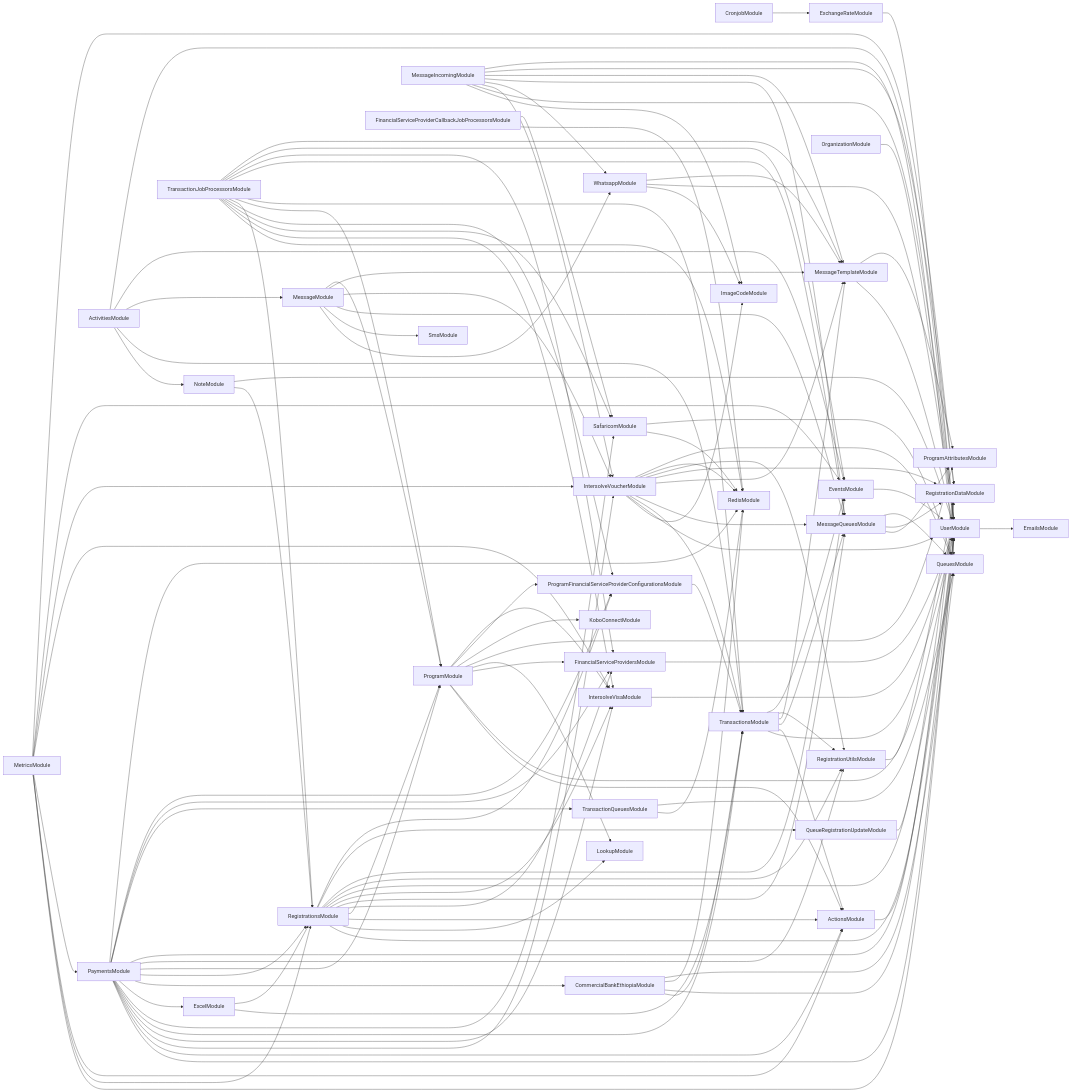
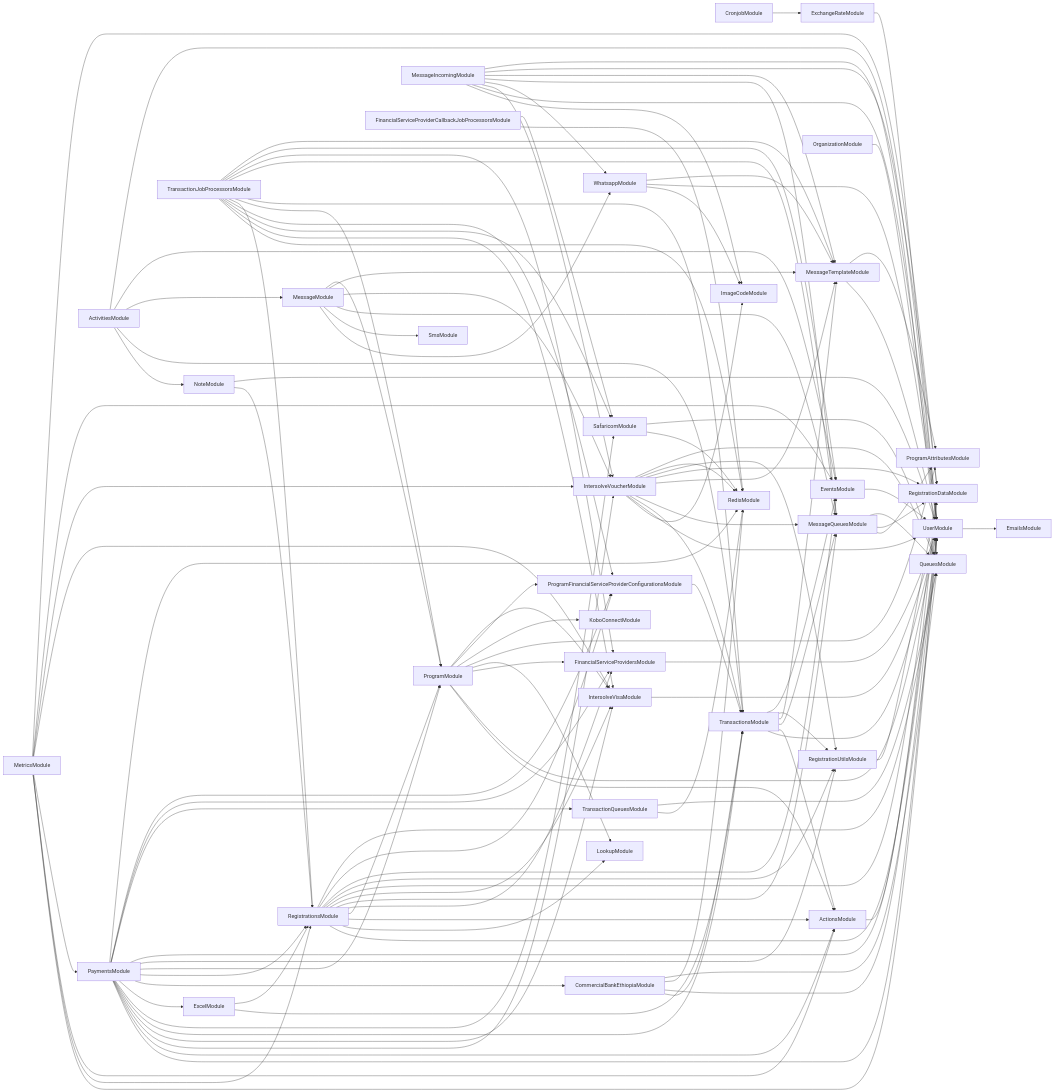
Before and after one commit to global-121/121-platform: the diagram in services/121-service/module-dependencies.md, drawn with Mermaid. The commit also changed 4 other files, not shown here.

Commit message:
refactor: make queue-registration-update service instead of module

```diff
--- a/services/121-service/module-dependencies.md
+++ b/services/121-service/module-dependencies.md
@@ -61,9 +61,8 @@
   RegistrationsModule-->RegistrationDataModule
   RegistrationsModule-->RegistrationUtilsModule
   RegistrationsModule-->EventsModule
-  RegistrationsModule-->QueueRegistrationUpdateModule
-  QueueRegistrationUpdateModule-->QueuesModule
   RegistrationsModule-->ProgramFinancialServiceProviderConfigurationsModule
+  RegistrationsModule-->QueuesModule
   MetricsModule-->ActionsModule
   MetricsModule-->PaymentsModule
   PaymentsModule-->UserModule
```
